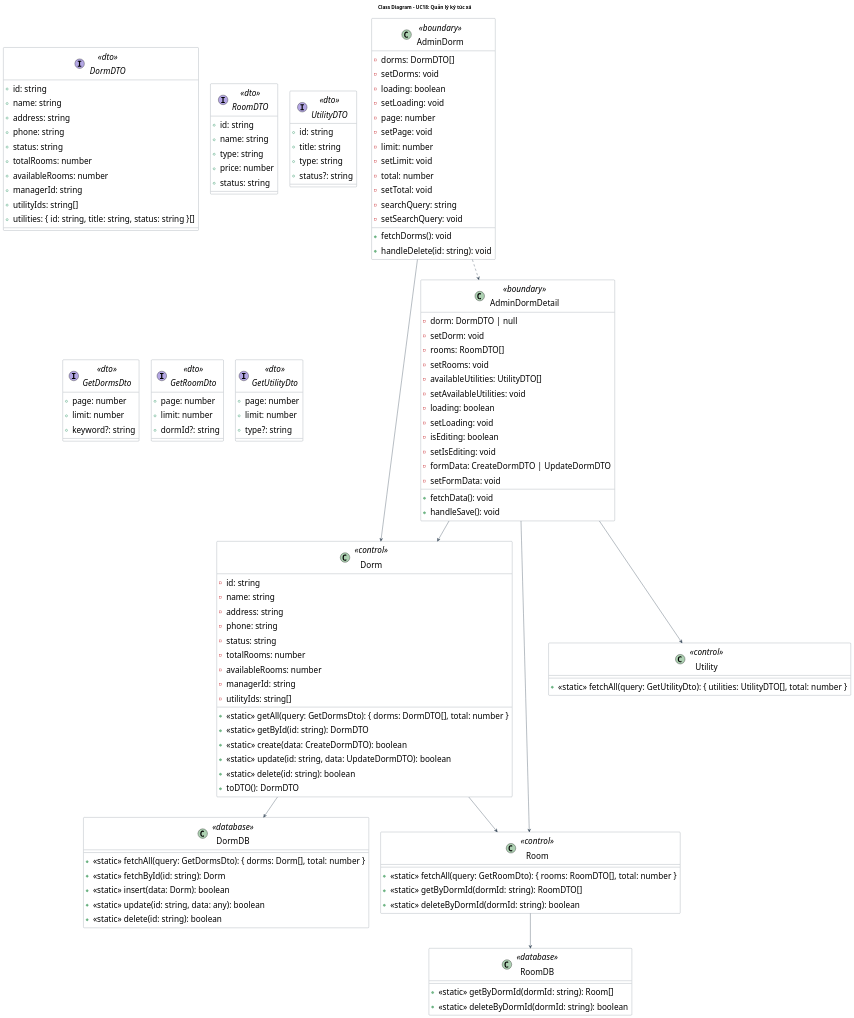
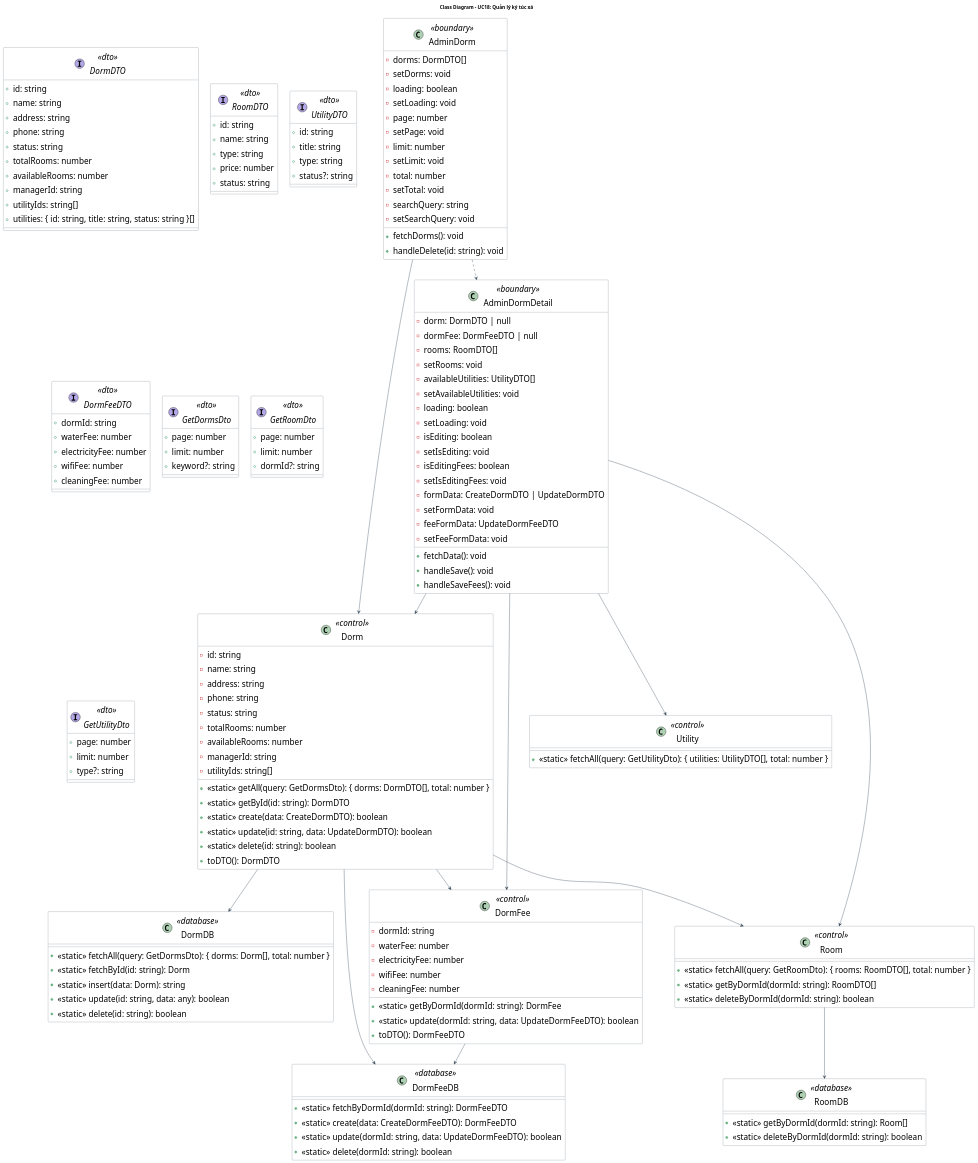
The diagram in doc/system/quan_ly_ky_tuc_xa/QuanLyKyTucXa_ClassDiagram.wsd (Gnourt812005/HCMUS-Analyze-and-desgin-IS), drawn with PlantUML before and after one commit. The commit also changed 10 other files, not shown here.

Commit message:
truong/code: add dorm fee

```diff
--- a/doc/system/quan_ly_ky_tuc_xa/QuanLyKyTucXa_ClassDiagram.wsd
+++ b/doc/system/quan_ly_ky_tuc_xa/QuanLyKyTucXa_ClassDiagram.wsd
@@ -1,151 +1,188 @@
 @startuml QuanLyKyTucXa_ClassDiagram
 title Class Diagram - UC18: Quản lý ký túc xá
 
 ' --- STYLE CONFIGURATION ---
 skinparam {
     ClassBackgroundColor White
     ClassBorderColor #2D3E50
     ArrowColor #2D3E50
     DefaultFontName "Arial"
     DefaultFontSize 24
     Padding 5
 }
 
 ' --- BOUNDARY LAYER ---
 class "AdminDorm" <<boundary>> {
     - dorms: DormDTO[]
     - setDorms: void
     - loading: boolean
     - setLoading: void
     - page: number
     - setPage: void
     - limit: number
     - setLimit: void
     - total: number
     - setTotal: void
     - searchQuery: string
     - setSearchQuery: void
     + fetchDorms(): void
     + handleDelete(id: string): void
 }
 
 class "AdminDormDetail" <<boundary>> {
     - dorm: DormDTO | null
-    - setDorm: void
+    - dormFee: DormFeeDTO | null
     - rooms: RoomDTO[]
     - setRooms: void
     - availableUtilities: UtilityDTO[]
     - setAvailableUtilities: void
     - loading: boolean
     - setLoading: void
     - isEditing: boolean
     - setIsEditing: void
+    - isEditingFees: boolean
+    - setIsEditingFees: void
     - formData: CreateDormDTO | UpdateDormDTO
     - setFormData: void
+    - feeFormData: UpdateDormFeeDTO
+    - setFeeFormData: void
     + fetchData(): void
     + handleSave(): void
+    + handleSaveFees(): void
 }
 
 ' --- DTO LAYER ---
 interface "DormDTO" <<dto>> {
     + id: string
     + name: string
     + address: string
     + phone: string
     + status: string
     + totalRooms: number
     + availableRooms: number
     + managerId: string
     + utilityIds: string[]
     + utilities: { id: string, title: string, status: string }[]
 }
 
 interface "RoomDTO" <<dto>> {
     + id: string
     + name: string
     + type: string
     + price: number
     + status: string
 }
 
 interface "UtilityDTO" <<dto>> {
     + id: string
     + title: string
     + type: string
     + status?: string
 }
+
+interface "DormFeeDTO" <<dto>> {
+    + dormId: string
+    + waterFee: number
+    + electricityFee: number
+    + wifiFee: number
+    + cleaningFee: number
+}
+
 
 interface "GetDormsDto" <<dto>> {
     + page: number
     + limit: number
     + keyword?: string
 }
 
 interface "GetRoomDto" <<dto>> {
     + page: number
     + limit: number
     + dormId?: string
 }
 
 interface "GetUtilityDto" <<dto>> {
     + page: number
     + limit: number
     + type?: string
 }
 
 ' --- BUSINESS LAYER ---
 class "Dorm" <<control>> {
     - id: string
     - name: string
     - address: string
     - phone: string
     - status: string
     - totalRooms: number
     - availableRooms: number
     - managerId: string
     - utilityIds: string[]
     + <<static>> getAll(query: GetDormsDto): { dorms: DormDTO[], total: number }
     + <<static>> getById(id: string): DormDTO
     + <<static>> create(data: CreateDormDTO): boolean
     + <<static>> update(id: string, data: UpdateDormDTO): boolean
     + <<static>> delete(id: string): boolean
     + toDTO(): DormDTO
 }
 
+class "DormFee" <<control>> {
+    - dormId: string
+    - waterFee: number
+    - electricityFee: number
+    - wifiFee: number
+    - cleaningFee: number
+    + <<static>> getByDormId(dormId: string): DormFee
+    + <<static>> update(dormId: string, data: UpdateDormFeeDTO): boolean
+    + toDTO(): DormFeeDTO
+}
+
 class "Room" <<control>> {
     + <<static>> fetchAll(query: GetRoomDto): { rooms: RoomDTO[], total: number }
     + <<static>> getByDormId(dormId: string): RoomDTO[]
     + <<static>> deleteByDormId(dormId: string): boolean
 }
 
 class "Utility" <<control>> {
     + <<static>> fetchAll(query: GetUtilityDto): { utilities: UtilityDTO[], total: number }
 }
 
 
 ' --- DATABASE LAYER ---
 class "DormDB" <<database>> {
     + <<static>> fetchAll(query: GetDormsDto): { dorms: Dorm[], total: number }
     + <<static>> fetchById(id: string): Dorm
-    + <<static>> insert(data: Dorm): boolean
+    + <<static>> insert(data: Dorm): string
     + <<static>> update(id: string, data: any): boolean
     + <<static>> delete(id: string): boolean
+}
+
+class "DormFeeDB" <<database>> {
+    + <<static>> fetchByDormId(dormId: string): DormFeeDTO
+    + <<static>> create(data: CreateDormFeeDTO): DormFeeDTO
+    + <<static>> update(dormId: string, data: UpdateDormFeeDTO): boolean
+    + <<static>> delete(dormId: string): boolean
 }
 
 class "RoomDB" <<database>> {
     + <<static>> getByDormId(dormId: string): Room[]
     + <<static>> deleteByDormId(dormId: string): boolean
 }
 
 
 ' --- RELATIONSHIPS ---
 AdminDorm --> Dorm
 AdminDormDetail --> Dorm
 AdminDormDetail --> Room
 AdminDormDetail --> Utility
+AdminDormDetail --> DormFee
 Dorm --> DormDB
+
+Dorm --> DormFeeDB
+DormFee --> DormFeeDB
 AdminDorm ..> AdminDormDetail
 Room --> RoomDB
 Dorm --> Room
+Dorm --> DormFee
 
 @enduml
```
